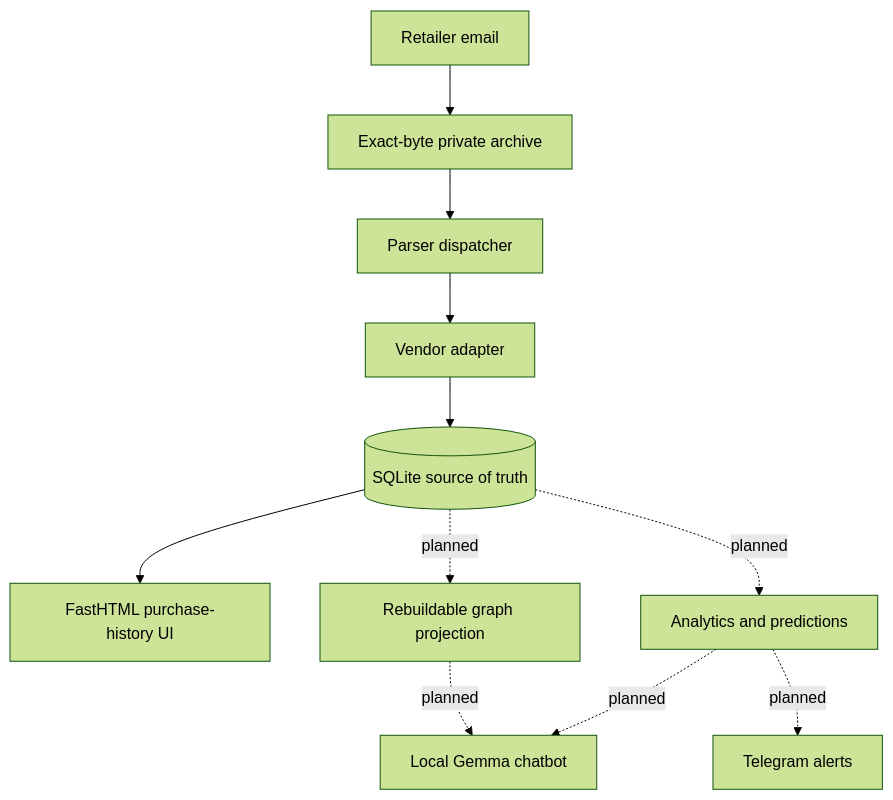
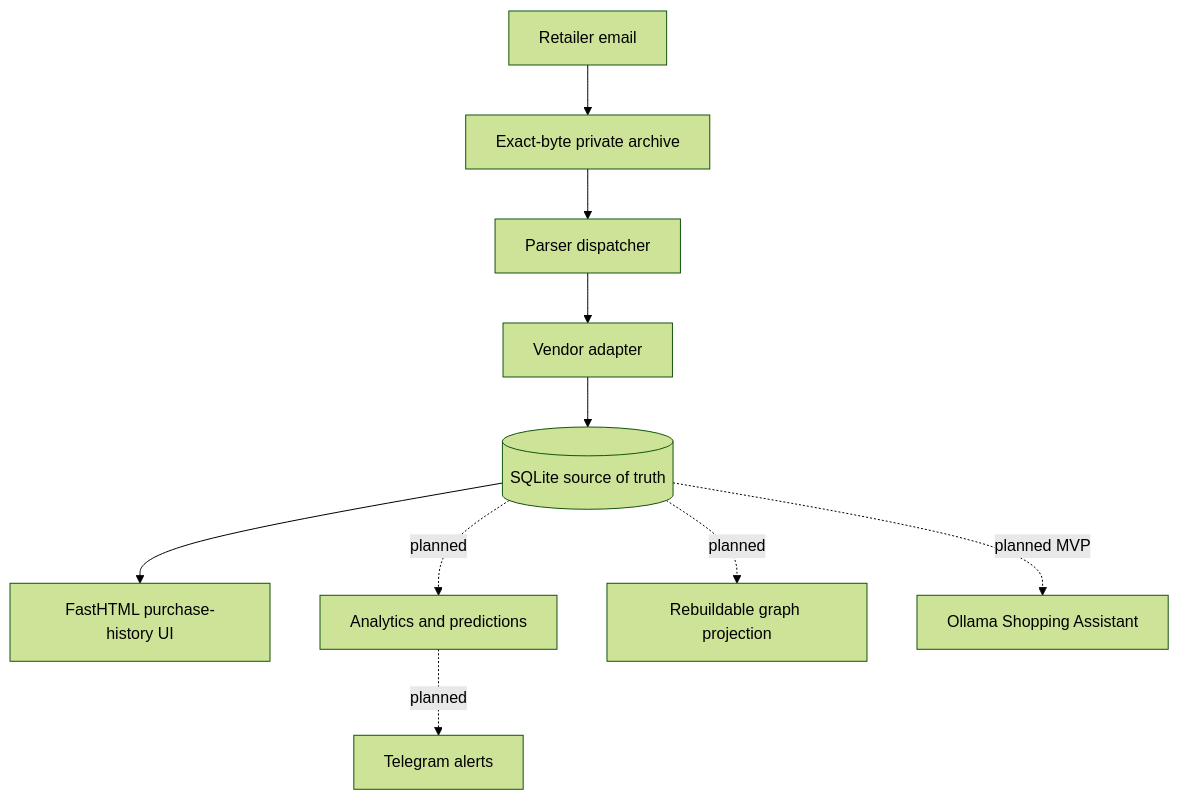
One commit to jichong-tay/jdsg-knowledge-graph-shopping changed the diagram in README.md. Above: the diagram before and after it, drawn with Mermaid (forest theme). The commit also changed other lines of this file and 33 other files, not shown here.

```diff
--- a/README.md
+++ b/README.md
@@ -35,13 +46,12 @@
 ~~~mermaid
 flowchart TD
     E["Retailer email"] --> A["Exact-byte private archive"]
     A --> D["Parser dispatcher"]
     D --> F["Vendor adapter"]
     F --> S[("SQLite source of truth")]
     S --> W["FastHTML purchase-history UI"]
     S -. planned .-> P["Analytics and predictions"]
     S -. planned .-> G["Rebuildable graph projection"]
-    P -. planned .-> C["Local Gemma chatbot"]
-    G -. planned .-> C
+    S -. planned MVP .-> C["Ollama Shopping Assistant"]
     P -. planned .-> T["Telegram alerts"]
 ~~~
```
